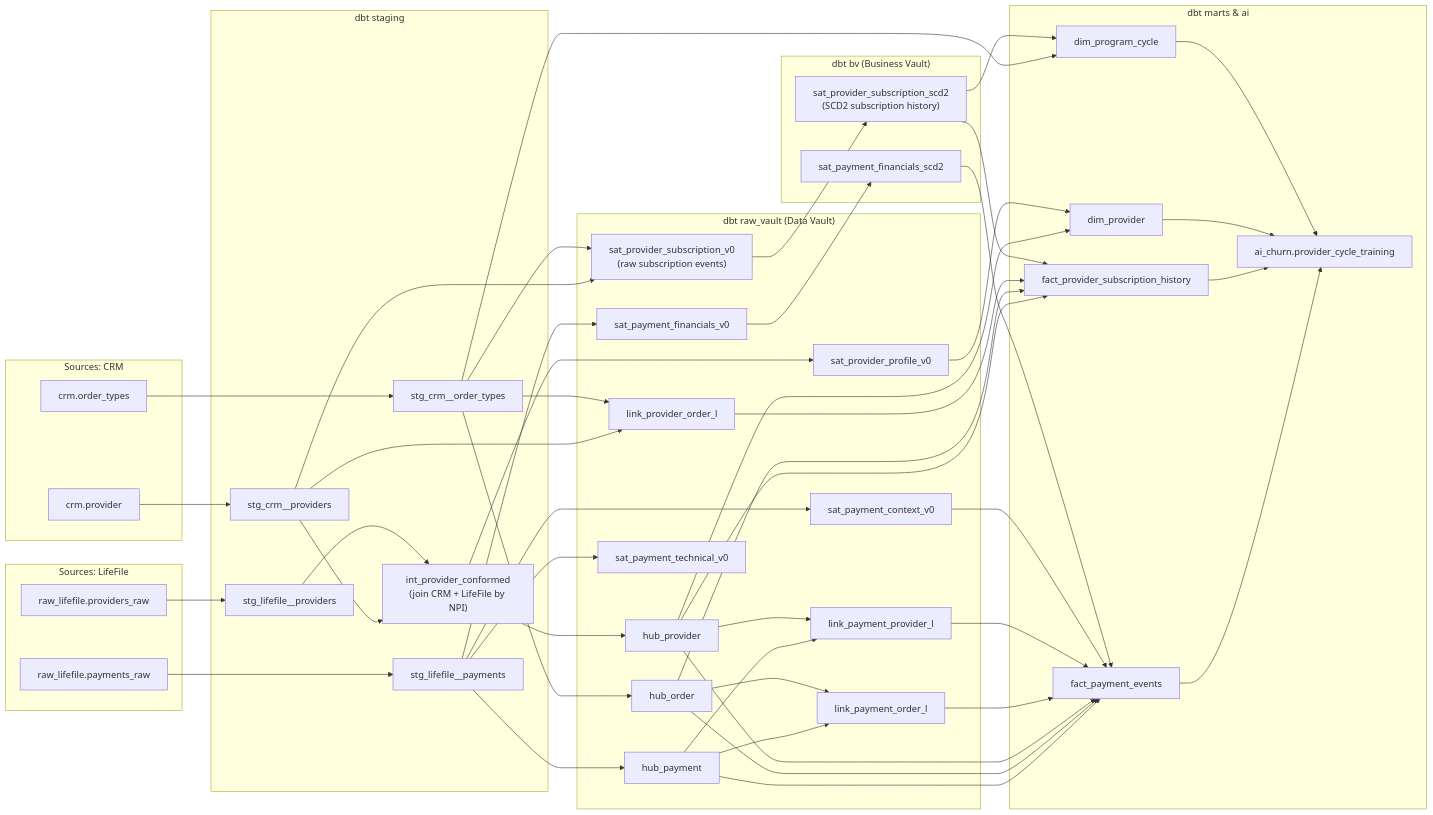
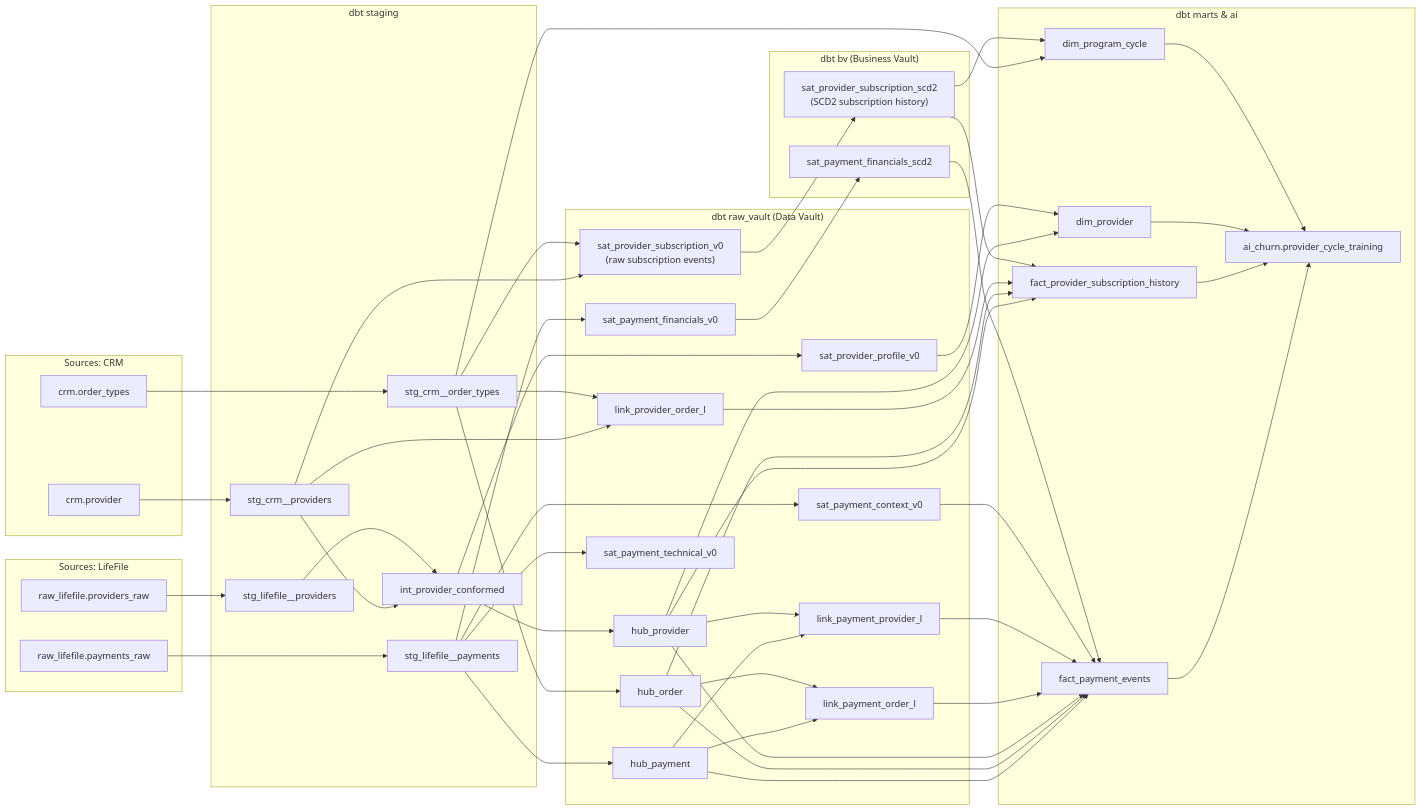
The second of 2 diagrams in README.md (Cerega313/-Allia-Health-Group), drawn with Mermaid before and after one commit.

```diff
--- a/README.md
+++ b/README.md
@@ -234,7 +234,7 @@
     STG_CRM_ORDT["stg_crm__order_types"]
     STG_LF_PAY["stg_lifefile__payments"]
     STG_LF_PROV["stg_lifefile__providers"]
-    STG_PROV_CONF["int_provider_conformed\n(join CRM + LifeFile by NPI)"]
+    STG_PROV_CONF["int_provider_conformed"]
   end
 
   %% ---------- Raw Vault ----------
```
